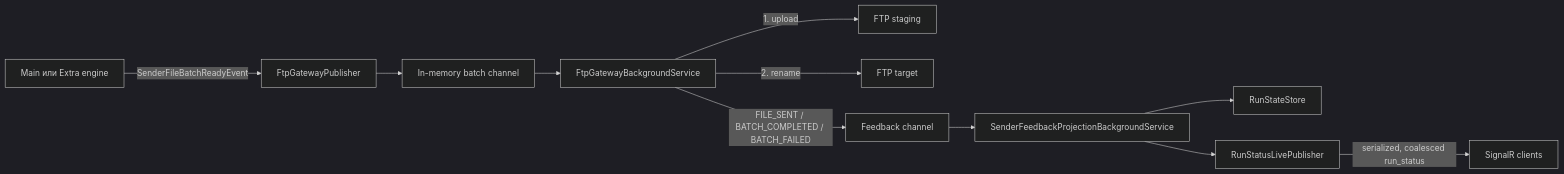
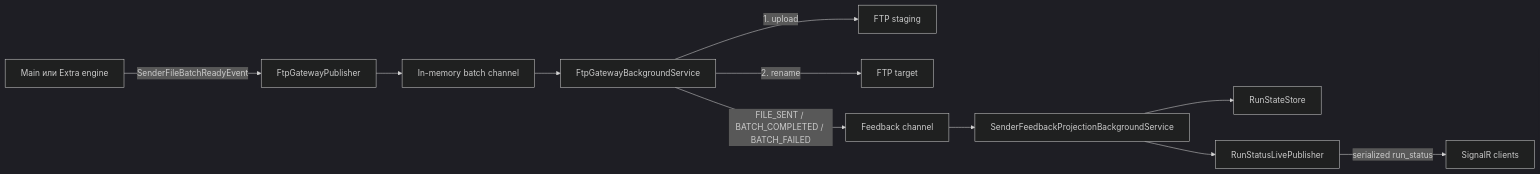
One commit to Dehydrohaloalkan/unload changed the fifth of 5 diagrams in docs/ARCHITECTURE.md. Above: the diagram before and after it, drawn with Mermaid (dark theme). The commit also changed other lines of this file and 106 other files, not shown here.

Commit message:
refactor: simplify run status tracking and interface

````diff
--- a/docs/ARCHITECTURE.md
+++ b/docs/ARCHITECTURE.md
@@ -407,13 +393,13 @@
 ```mermaid
 flowchart LR
     Engine[Main или Extra engine] -->|SenderFileBatchReadyEvent| Publisher[FtpGatewayPublisher]
     Publisher --> Queue[In-memory batch channel]
     Queue --> FtpWorker[FtpGatewayBackgroundService]
     FtpWorker -->|1. upload| Staging[FTP staging]
     FtpWorker -->|2. rename| Target[FTP target]
     FtpWorker -->|FILE_SENT / BATCH_COMPLETED / BATCH_FAILED| Feedback[Feedback channel]
     Feedback --> Projection[SenderFeedbackProjectionBackgroundService]
     Projection --> State[RunStateStore]
     Projection --> Live[RunStatusLivePublisher]
-    Live -->|serialized, coalesced run_status| SignalR[SignalR clients]
+    Live -->|serialized run_status| SignalR[SignalR clients]
 ```
````
